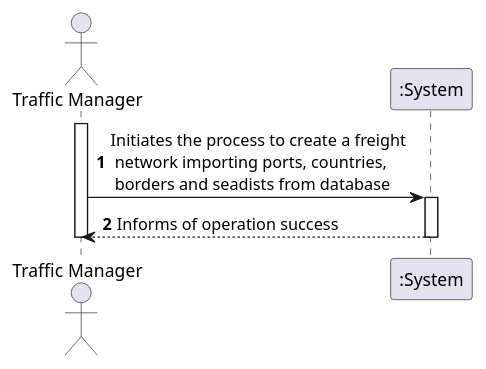
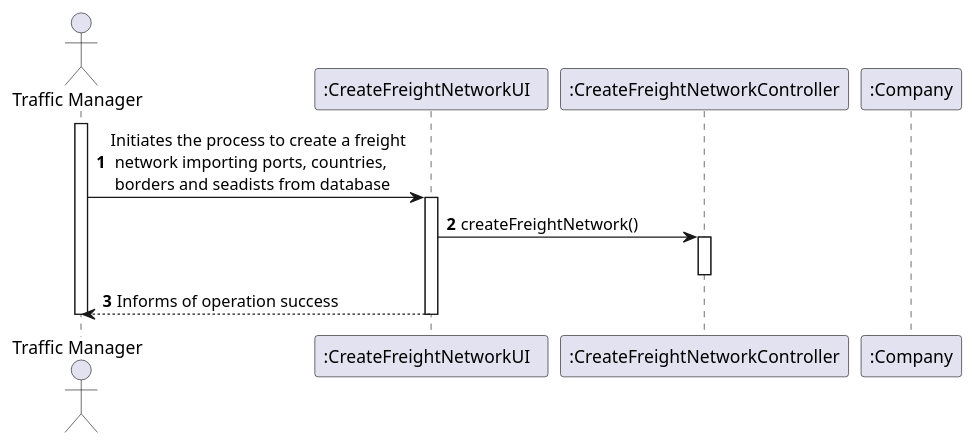
The diagram in docs/US301/US301_SD.puml (0franciscor/lapr3-2021-g042), drawn with PlantUML before and after one commit. The commit also changed 2 other files, not shown here.

```diff
--- a/docs/US301/US301_SD.puml
+++ b/docs/US301/US301_SD.puml
@@ -1,17 +1,23 @@
 @startuml
 'https://plantuml.com/sequence-diagram
 
 autonumber
 actor "Traffic Manager" as TM
+participant ":CreateFreightNetworkUI  " as UI
+participant ":CreateFreightNetworkController" as CTRL
+participant ":Company" as CMP
 
 
 activate TM
-TM -> ":System" : Initiates the process to create a freight \n network importing ports, countries,\n borders and seadists from database
-activate ":System"
+TM -> UI: Initiates the process to create a freight \n network importing ports, countries,\n borders and seadists from database
+activate UI
+UI -> CTRL : createFreightNetwork()
+activate CTRL
+deactivate CTRL
 
-":System" --> TM : Informs of operation success
-deactivate ":System"
+UI --> TM : Informs of operation success
+deactivate UI
 
 deactivate TM
 
 @enduml
```
